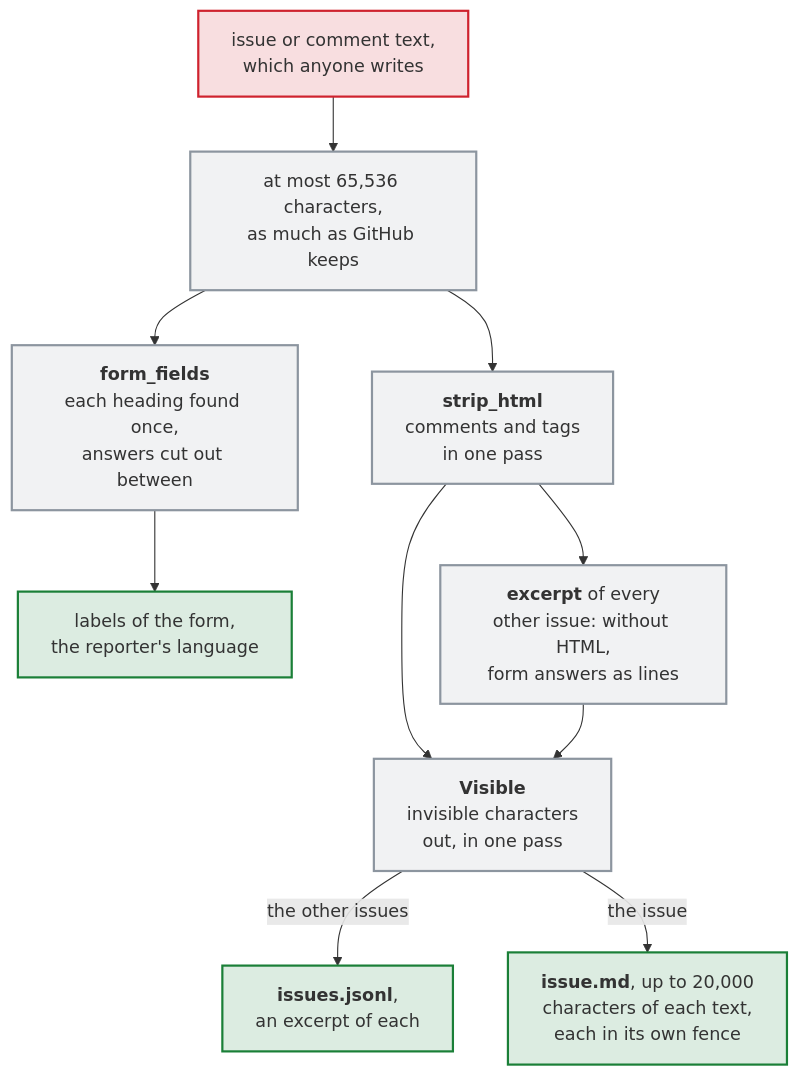
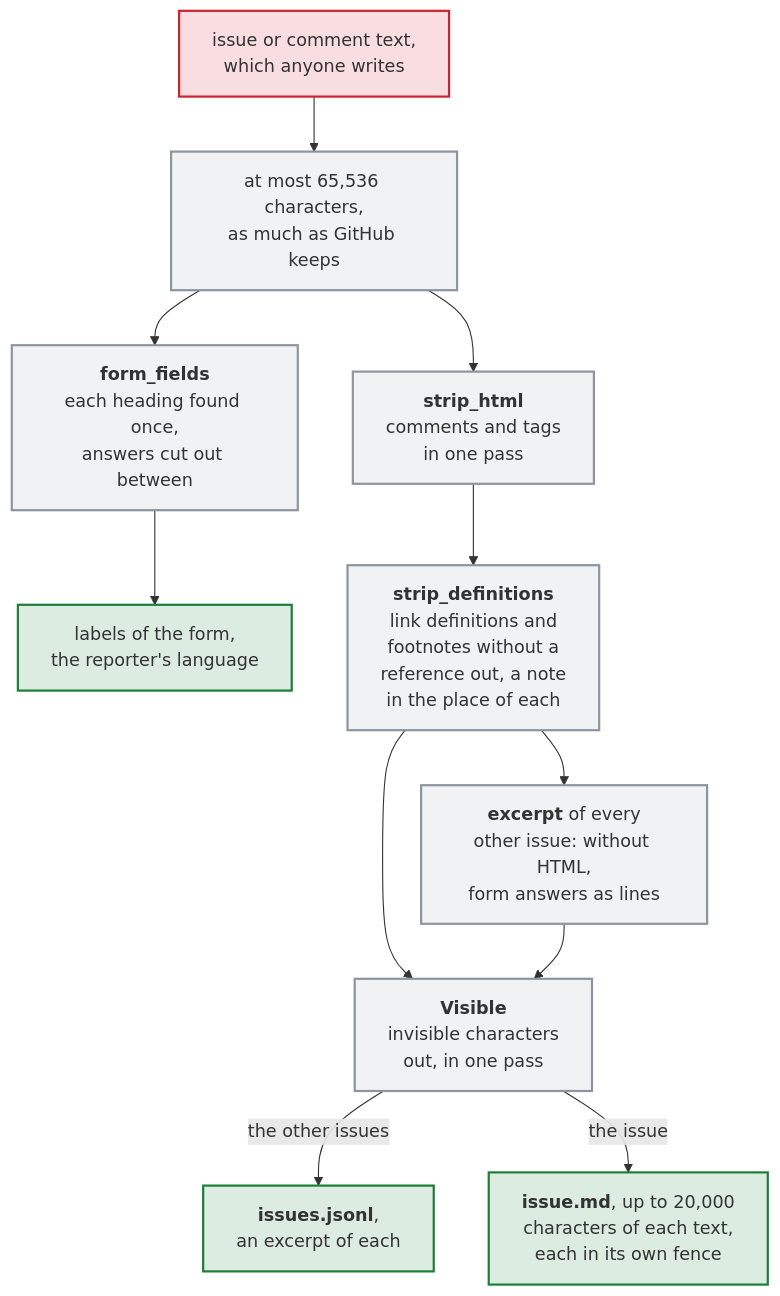
Before and after one commit to Dennis-Otto/issue-assistant: the diagram in docs/diagrams/how-the-assistant-reads-the-text-of-an-issue.mmd, drawn with Mermaid. The commit also changed 15 other files, not shown here.

First line of the commit message:
fix(context): the AI reads no link reference definition that GitHub hides (#385)

```diff
--- a/docs/diagrams/how-the-assistant-reads-the-text-of-an-issue.mmd
+++ b/docs/diagrams/how-the-assistant-reads-the-text-of-an-issue.mmd
@@ -1,18 +1,19 @@
 flowchart TB
   accTitle: How the assistant reads the text of an issue
-  accDescr: The text of an issue or a comment, which anyone can write, is read up to GitHub's 65,536 characters. The answers of a form are cut out between their headings, which are found once; from them come the labels of the form and the reporter's language. For the AI, the HTML goes first, comments and tags in one pass, for issue.md and for an excerpt of each other issue, whose form answers then become lines. Then the characters that GitHub shows as nothing go, in one pass, after the HTML, so that none can end an HTML comment that GitHub never ends. The excerpts go into issues.jsonl, and issue.md holds up to 20,000 characters of each text in a code fence that the text can't close.
+  accDescr: The text of an issue or a comment, which anyone can write, is read up to GitHub's 65,536 characters. The answers of a form are cut out between their headings, which are found once; from them come the labels of the form and the reporter's language. For the AI, the HTML goes first, comments and tags in one pass, then the link reference definitions and the footnotes without a reference, which GitHub shows as nothing as well, each with a note in its place, for issue.md and for an excerpt of each other issue, whose form answers then become lines. Then the characters that GitHub shows as nothing go, in one pass, after the HTML, so that none can end an HTML comment that GitHub never ends. The excerpts go into issues.jsonl, and issue.md holds up to 20,000 characters of each text in a code fence that the text can't close.
   text["issue or comment text,<br>which anyone writes"] --> cap["at most 65,536 characters,<br>as much as GitHub keeps"]
   cap --> forms["`**form_fields**<br>each heading found once,<br>answers cut out between`"]
   forms --> event["labels of the form,<br>the reporter's language"]
   cap --> html["`**strip_html**<br>comments and tags<br>in one pass`"]
-  html --> excerpt["`**excerpt** of every<br>other issue: without HTML,<br>form answers as lines`"]
-  html --> visible["`**Visible**<br>invisible characters<br>out, in one pass`"]
+  html --> definitions["`**strip_definitions**<br>link definitions and<br>footnotes without a<br>reference out, a note<br>in the place of each`"]
+  definitions --> excerpt["`**excerpt** of every<br>other issue: without HTML,<br>form answers as lines`"]
+  definitions --> visible["`**Visible**<br>invisible characters<br>out, in one pass`"]
   excerpt --> visible
   visible -- "the other issues" --> jsonl["`**issues.jsonl**,<br>an excerpt of each`"]
   visible -- "the issue" --> issue["`**issue.md**, up to 20,000<br>characters of each text,<br>each in its own fence`"]
   classDef untrusted fill:#cf222e26,stroke:#cf222e,stroke-width:2px
   classDef job fill:#8c959f1f,stroke:#8c959f,stroke-width:2px
   classDef safe fill:#1a7f3726,stroke:#1a7f37,stroke-width:2px
   class text untrusted
-  class cap,forms,excerpt,html,visible job
+  class cap,forms,excerpt,html,definitions,visible job
   class event,jsonl,issue safe
```
